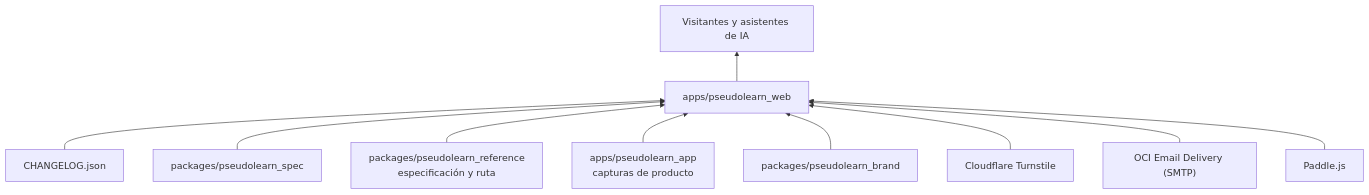
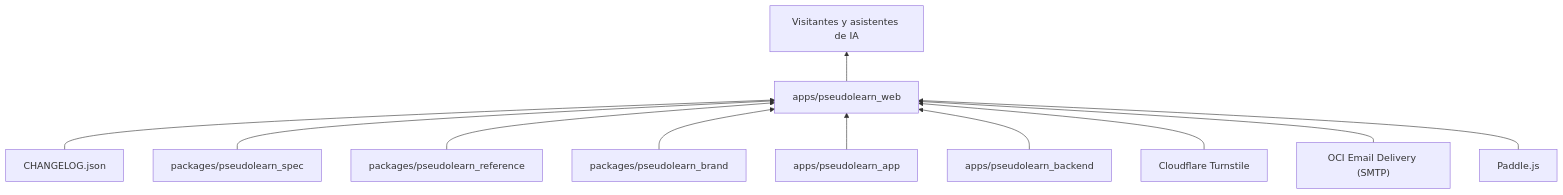
Before and after one commit to cgutieco/pseudolearn: the first of 3 diagrams in apps/pseudolearn_web/README.md, drawn with Mermaid. The commit also changed other lines of this file and 4 other files, not shown here.

Commit message:
docs(README): update content for pseudolearn_web and improve structure

````diff
--- a/apps/pseudolearn_web/README.md
+++ b/apps/pseudolearn_web/README.md
@@ -13,12 +14,13 @@
 ```mermaid
 flowchart BT
   changelog["CHANGELOG.json"] --> web["apps/pseudolearn_web"]
   spec["packages/pseudolearn_spec"] --> web
-  reference["packages/pseudolearn_reference<br/>especificación y ruta"] --> web
-  app["apps/pseudolearn_app<br/>capturas de producto"] --> web
+  reference["packages/pseudolearn_reference"] --> web
   brand["packages/pseudolearn_brand"] --> web
+  app["apps/pseudolearn_app"] --> web
+  backend["apps/pseudolearn_backend"] --> web
   turnstile["Cloudflare Turnstile"] --> web
   smtp["OCI Email Delivery (SMTP)"] --> web
   paddle["Paddle.js"] --> web
-  web --> visitante["Visitantes y asistentes de IA"]
+  web --> visitors["Visitantes y asistentes de IA"]
 ```
````
